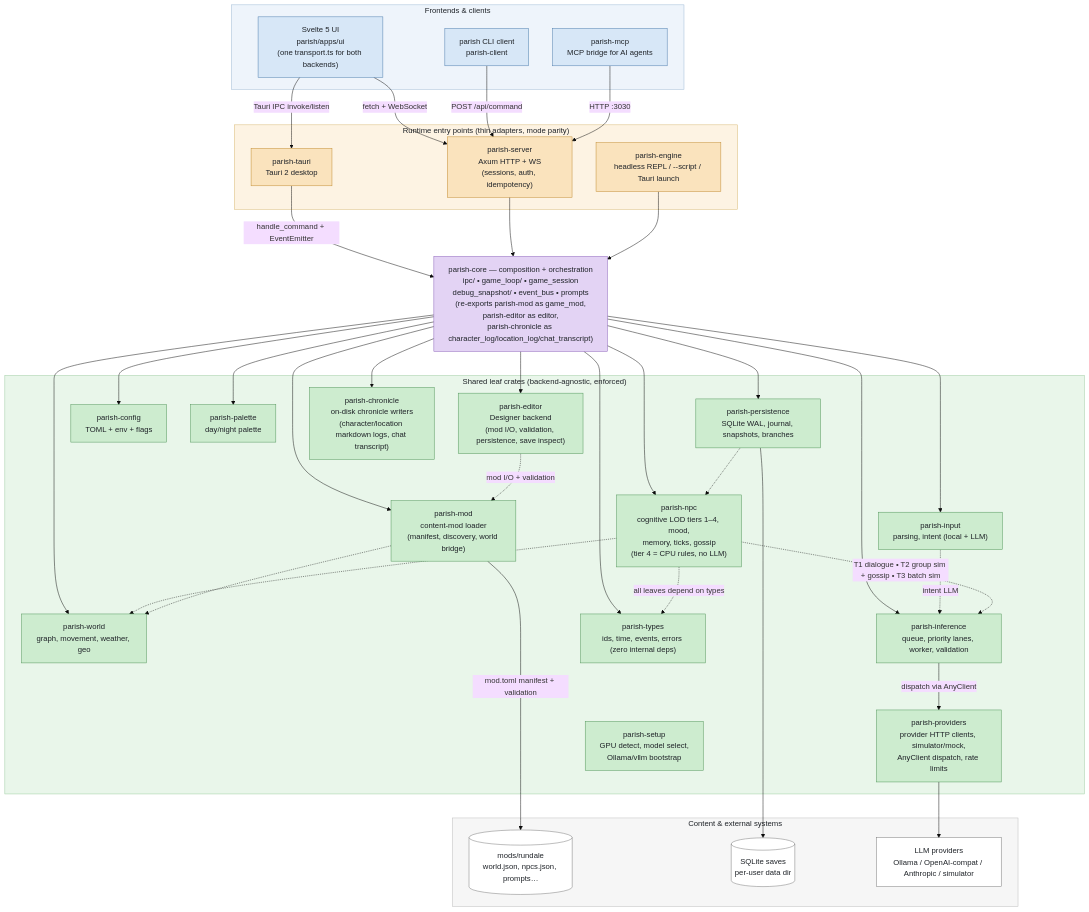
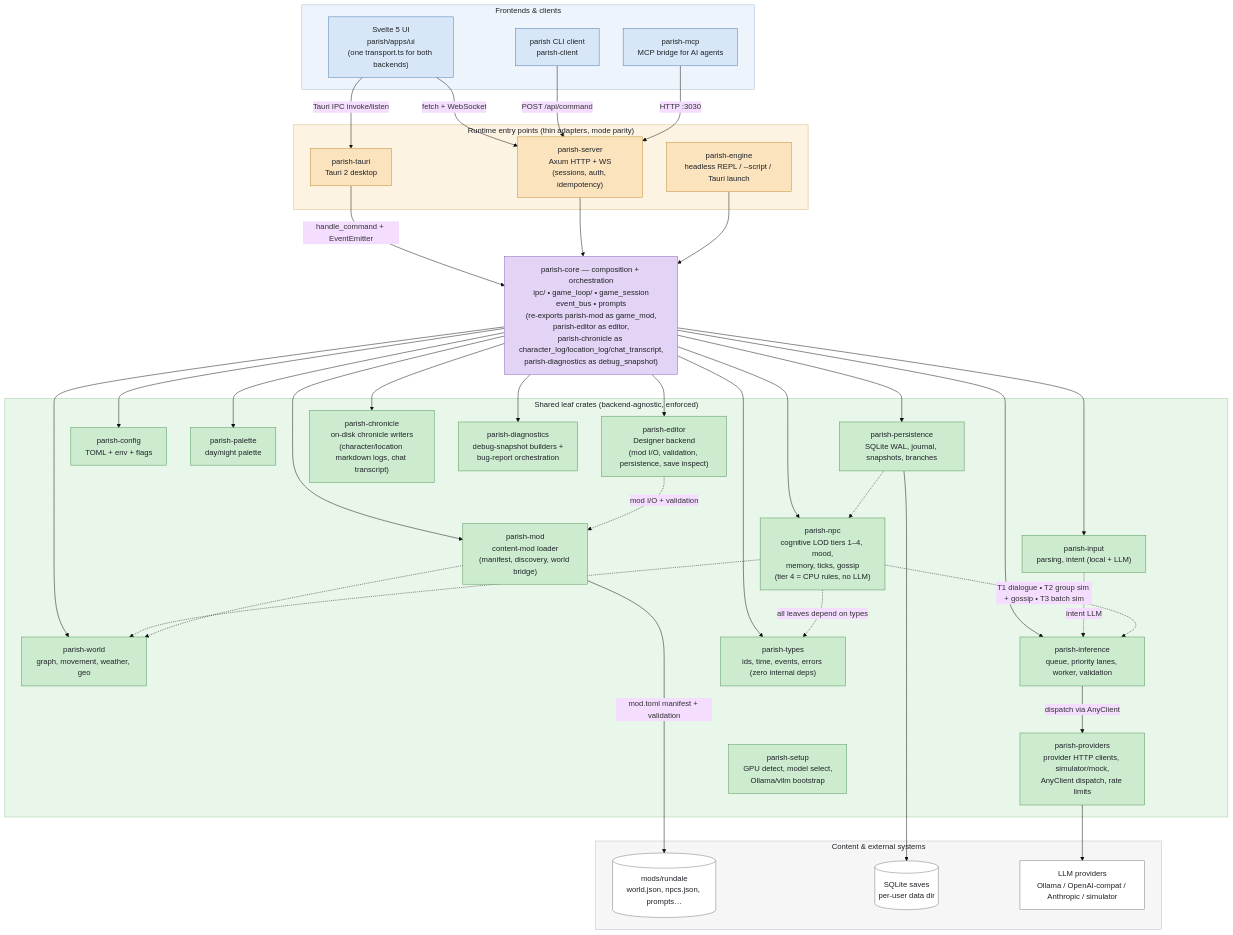
Before and after one commit to dmooney/Rundale: the second of 2 diagrams in README.md, drawn with Mermaid (base theme). The commit also changed other lines of this file and 27 other files, not shown here.

First line of the commit message:
refactor(core): extract debug_snapshot and bug_report into parish-diagnostics crate (#1412)

````diff
--- a/README.md
+++ b/README.md
@@ -286,76 +286,77 @@
 ```mermaid
 flowchart TB
     subgraph clients["Frontends & clients"]
         UI["Svelte 5 UI<br/>parish/apps/ui<br/>(one transport.ts for both backends)"]
         CLI["parish CLI client<br/>parish-client"]
         MCP["parish-mcp<br/>MCP bridge for AI agents"]
     end
 
     subgraph entry["Runtime entry points (thin adapters, mode parity)"]
         TAURI["parish-tauri<br/>Tauri 2 desktop"]
         SERVER["parish-server<br/>Axum HTTP + WS<br/>(sessions, auth, idempotency)"]
         ENGINE["parish-engine<br/>headless REPL / --script / Tauri launch"]
     end
 
-    CORE["parish-core — composition + orchestration<br/>ipc/ • game_loop/ • game_session<br/>debug_snapshot/ • event_bus • prompts<br/>(re-exports parish-mod as game_mod,<br/>parish-editor as editor,<br/>parish-chronicle as character_log/location_log/chat_transcript)"]
+    CORE["parish-core — composition + orchestration<br/>ipc/ • game_loop/ • game_session<br/>event_bus • prompts<br/>(re-exports parish-mod as game_mod,<br/>parish-editor as editor,<br/>parish-chronicle as character_log/location_log/chat_transcript,<br/>parish-diagnostics as debug_snapshot)"]
 
     subgraph leaf["Shared leaf crates (backend-agnostic, enforced)"]
         WORLD["parish-world<br/>graph, movement, weather, geo"]
         NPC["parish-npc<br/>cognitive LOD tiers 1–4, mood,<br/>memory, ticks, gossip<br/>(tier 4 = CPU rules, no LLM)"]
         INPUT["parish-input<br/>parsing, intent (local + LLM)"]
         INFER["parish-inference<br/>queue, priority lanes, worker, validation"]
         PROVIDERS["parish-providers<br/>provider HTTP clients, simulator/mock,<br/>AnyClient dispatch, rate limits"]
         SETUP["parish-setup<br/>GPU detect, model select,<br/>Ollama/vllm bootstrap"]
         PERSIST["parish-persistence<br/>SQLite WAL, journal, snapshots, branches"]
         CONFIG["parish-config<br/>TOML + env + flags"]
         PALETTE["parish-palette<br/>day/night palette"]
         MOD["parish-mod<br/>content-mod loader<br/>(manifest, discovery, world bridge)"]
         EDITOR["parish-editor<br/>Designer backend<br/>(mod I/O, validation, persistence, save inspect)"]
         CHRONICLE["parish-chronicle<br/>on-disk chronicle writers<br/>(character/location markdown logs, chat transcript)"]
+        DIAG["parish-diagnostics<br/>debug-snapshot builders +<br/>bug-report orchestration"]
         TYPES["parish-types<br/>ids, time, events, errors (zero internal deps)"]
     end
 
     subgraph external["Content & external systems"]
         MODS[("mods/rundale<br/>world.json, npcs.json, prompts…")]
         DB[("SQLite saves<br/>per-user data dir")]
         LLM["LLM providers<br/>Ollama / OpenAI-compat / Anthropic / simulator"]
     end
 
     UI -- "Tauri IPC invoke/listen" --> TAURI
     UI -- "fetch + WebSocket" --> SERVER
     CLI -- "POST /api/command" --> SERVER
     MCP -- "HTTP :3030" --> SERVER
 
     TAURI -- "handle_command + EventEmitter" --> CORE
     SERVER --> CORE
     ENGINE --> CORE
 
-    CORE --> WORLD & NPC & INPUT & INFER & PERSIST & CONFIG & PALETTE & MOD & EDITOR & CHRONICLE & TYPES
+    CORE --> WORLD & NPC & INPUT & INFER & PERSIST & CONFIG & PALETTE & MOD & EDITOR & CHRONICLE & DIAG & TYPES
     INPUT -. "intent LLM" .-> INFER
     NPC -. "T1 dialogue • T2 group sim + gossip • T3 batch sim" .-> INFER
     NPC -.-> WORLD
     PERSIST -.-> NPC
     MOD -.-> WORLD
     EDITOR -. "mod I/O + validation" .-> MOD
     NPC -. "all leaves depend on types" .-> TYPES
 
     MOD -- "mod.toml manifest + validation" --> MODS
     PERSIST --> DB
     INFER -- "dispatch via AnyClient" --> PROVIDERS
     PROVIDERS --> LLM
 
     classDef clientNode fill:#d7e7f7,stroke:#4a7aab,color:#1f2328
     classDef entryNode fill:#fae3bd,stroke:#c08a2e,color:#1f2328
     classDef coreNode fill:#e3d3f4,stroke:#8a5fb8,color:#1f2328
     classDef leafNode fill:#cdeccf,stroke:#4f9457,color:#1f2328
     classDef extNode fill:#ffffff,stroke:#777777,color:#1f2328
     class UI,CLI,MCP clientNode
     class TAURI,SERVER,ENGINE entryNode
     class CORE coreNode
-    class WORLD,NPC,INPUT,INFER,PROVIDERS,SETUP,PERSIST,CONFIG,PALETTE,MOD,EDITOR,CHRONICLE,TYPES leafNode
+    class WORLD,NPC,INPUT,INFER,PROVIDERS,SETUP,PERSIST,CONFIG,PALETTE,MOD,EDITOR,CHRONICLE,DIAG,TYPES leafNode
     class MODS,DB,LLM extNode
     style clients fill:#eef4fb,stroke:#9db8d4,color:#1f2328
     style entry fill:#fdf3e3,stroke:#d8b873,color:#1f2328
     style leaf fill:#e9f6ea,stroke:#9ccca0,color:#1f2328
     style external fill:#f6f6f6,stroke:#bbbbbb,color:#1f2328
 ```
````
